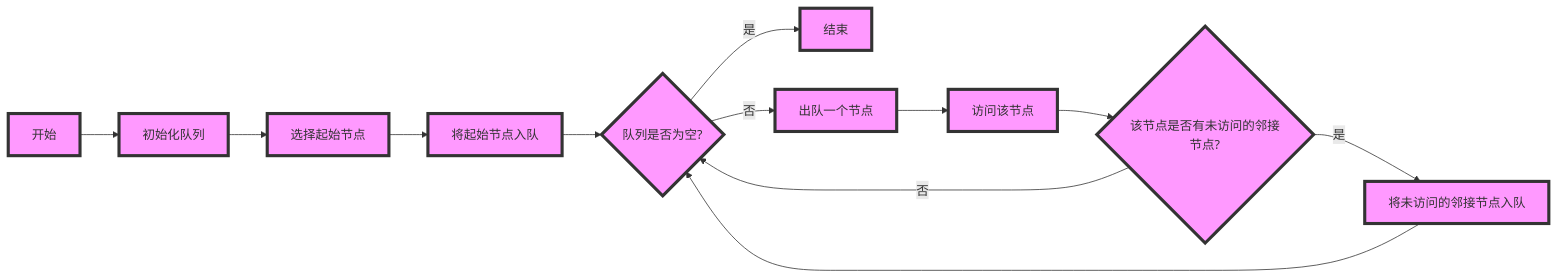
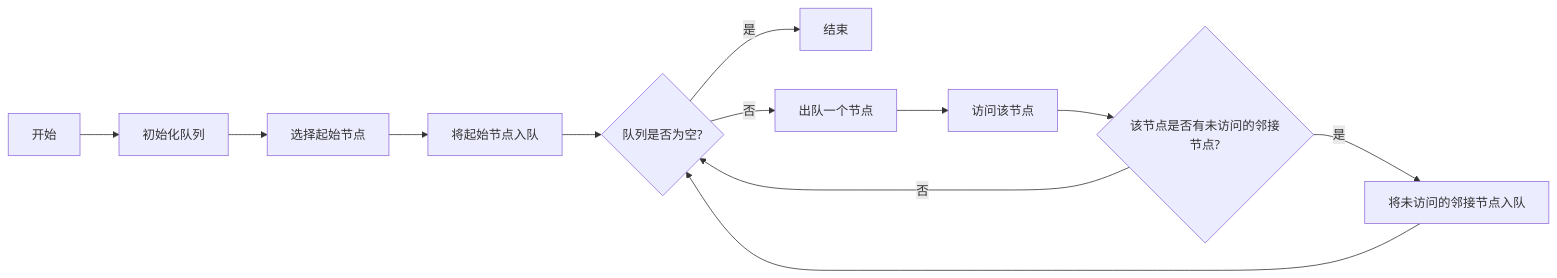
The diagram in all/未命名-2.md (SeeleWelt/iodraw-files), drawn with Mermaid before and after one commit.

Commit message:
2025-04-20 16:59:00 update

````diff
--- a/all/未命名-2.md
+++ b/all/未命名-2.md
@@ -1,17 +1,15 @@
 ```mermaid
 graph LR
     A[开始] --> B[初始化队列]
     B --> C[选择起始节点]
     C --> D[将起始节点入队]
     D --> E{队列是否为空?}
     E -->|是| F[结束]
     E -->|否| G[出队一个节点]
     G --> H[访问该节点]
     H --> I{该节点是否有未访问的邻接节点?}
     I -->|是| J[将未访问的邻接节点入队]
     J --> E
     I -->|否| E
 
-    classDef default fill:#f9f,stroke:#333,stroke-width:4px;
-
 ```
````
